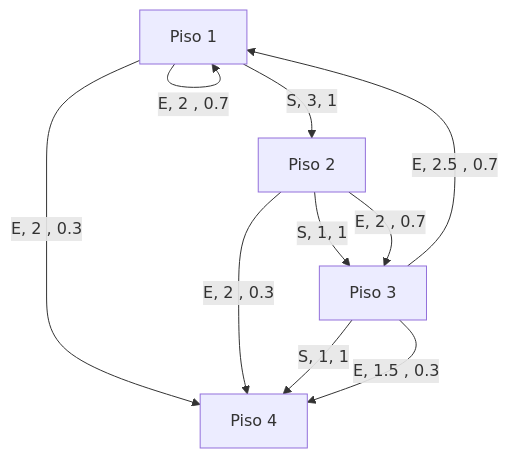
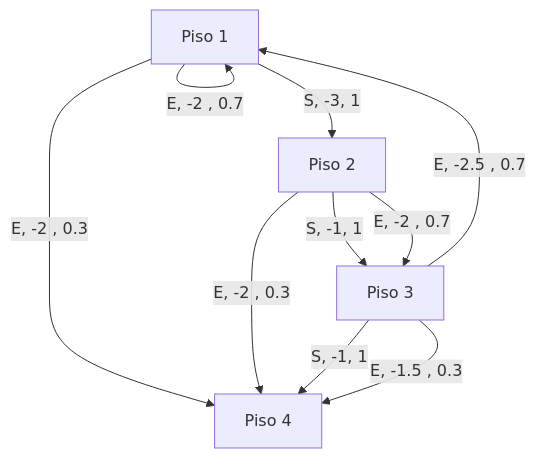
The second of 2 diagrams in Agentes inteligentes/Practico/MDP y Programación dinámica/Escaleras mágicas.md (BRJoaquin/ia-obsidian), drawn with Mermaid before and after one commit. The commit also changed other lines of this file, not shown here.

````diff
--- a/Agentes inteligentes/Practico/MDP y Programación dinámica/Escaleras mágicas.md
+++ b/Agentes inteligentes/Practico/MDP y Programación dinámica/Escaleras mágicas.md
@@ -97,19 +97,19 @@
 ```mermaid
 graph TD
 	A[Piso 1]
 	B[Piso 2]
 	C[Piso 3]
 	D[Piso 4]
 	
-    A -->|S, 3, 1| B
-    A -->|E, 2 , 0.7| A
-    A -->|E, 2 , 0.3| D
+    A -->|S, -3, 1| B
+    A -->|E, -2 , 0.7| A
+    A -->|E, -2 , 0.3| D
     
-    B -->|S, 1, 1| C
-    B -->|E, 2 , 0.7| C
-    B -->|E, 2 , 0.3| D
+    B -->|S, -1, 1| C
+    B -->|E, -2 , 0.7| C
+    B -->|E, -2 , 0.3| D
     
-	C -->|S, 1, 1| D
-    C -->|E, 2.5 , 0.7| A
-    C -->|E, 1.5 , 0.3| D
+	C -->|S, -1, 1| D
+    C -->|E, -2.5 , 0.7| A
+    C -->|E, -1.5 , 0.3| D
 ```
````
